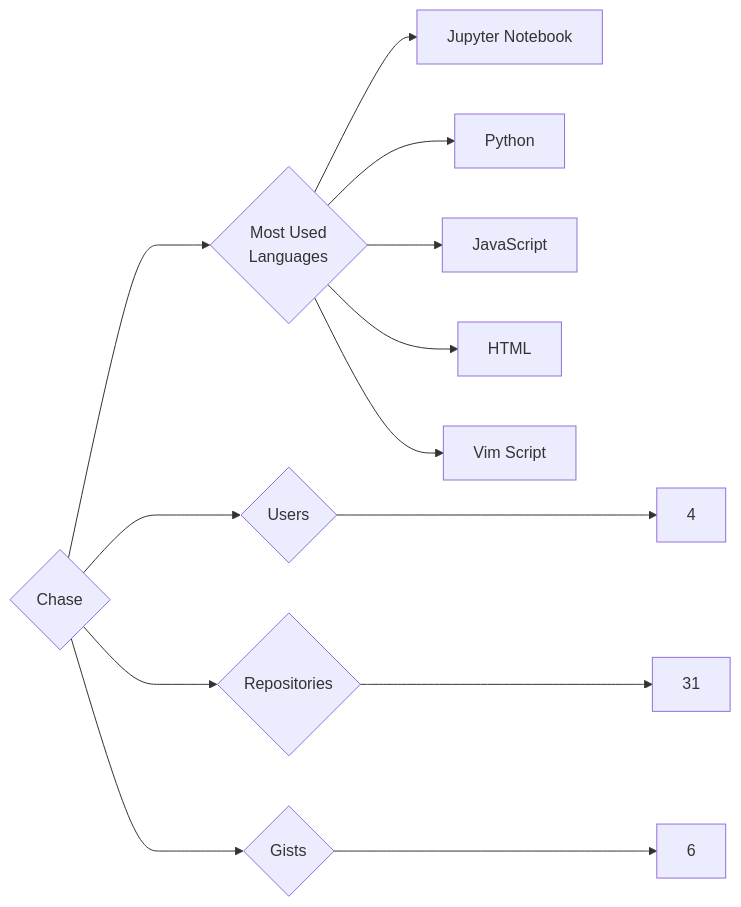
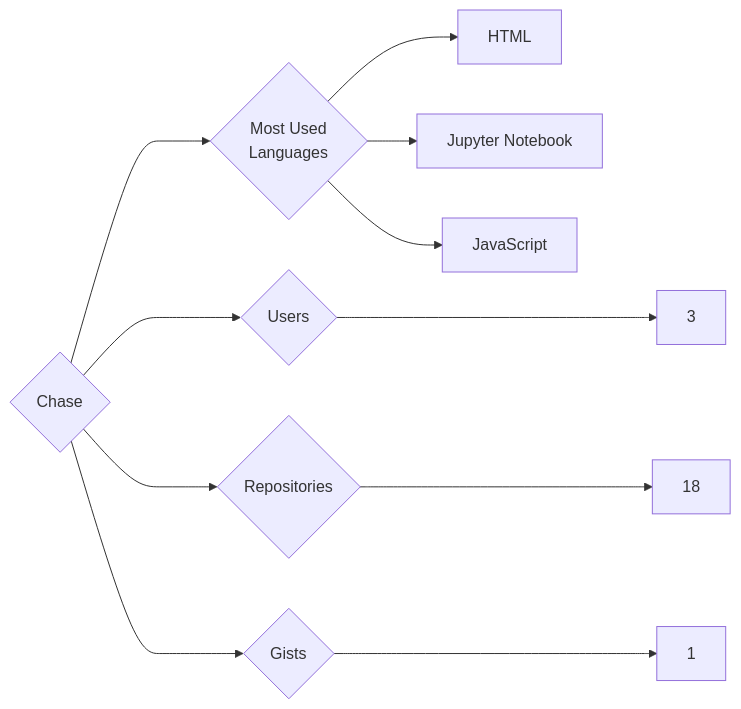
One commit to trickest/insiders changed the diagram in targets/Chase/README.md. Above: the diagram before and after it, drawn with Mermaid. The commit also changed 1141 other files, not shown here.

````diff
--- a/targets/Chase/README.md
+++ b/targets/Chase/README.md
@@ -3,13 +3,11 @@
 ```mermaid
 graph LR
 COMPANY_NAME{Chase}
-COMPANY_NAME ---> U{Users} ---> UN[4]
-COMPANY_NAME ---> R{Repositories} ---> RN[31]
-COMPANY_NAME ---> G{Gists} ---> GN[6]
+COMPANY_NAME ---> U{Users} ---> UN[3]
+COMPANY_NAME ---> R{Repositories} ---> RN[18]
+COMPANY_NAME ---> G{Gists} ---> GN[1]
 COMPANY_NAME ---> ML{Most Used<br>Languages}
+ML --> HTML[HTML]
 ML --> Jupyter_Notebook[Jupyter Notebook]
-ML --> Python[Python]
 ML --> JavaScript[JavaScript]
-ML --> HTML[HTML]
-ML --> Vim_Script[Vim Script]
 ```
````
